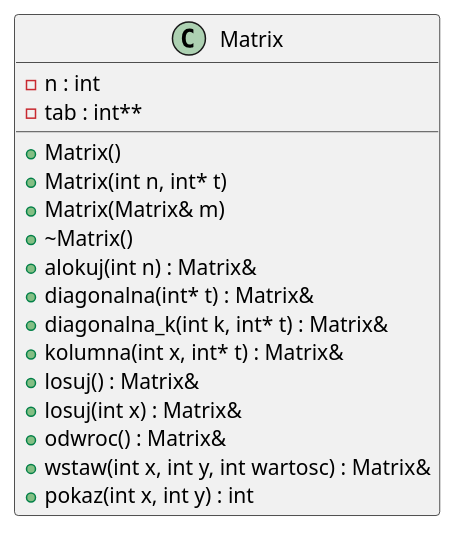
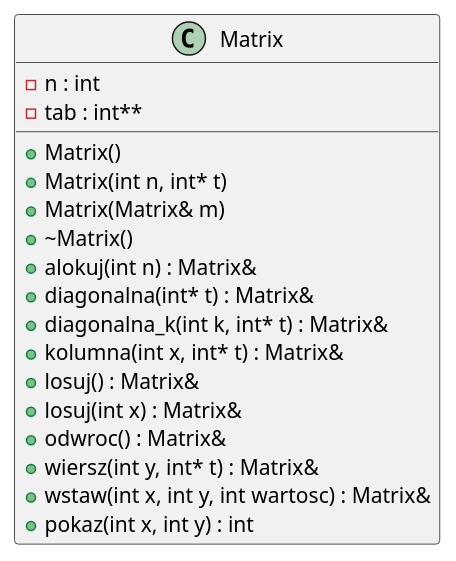
Before and after one commit to kluchoo/Matrix: the diagram in inline_umlgraph_pnghtml.pu, drawn with PlantUML. The commit also changed 11 other files, not shown here.

```diff
--- a/inline_umlgraph_pnghtml.pu
+++ b/inline_umlgraph_pnghtml.pu
@@ -1,20 +1,21 @@
 @startuml inline_umlgraph_1.png
 class Matrix {
 -n : int
 -tab : int**
 +Matrix()
 +Matrix(int n, int* t)
 +Matrix(Matrix& m)
 +~Matrix()
 +alokuj(int n) : Matrix&
 +diagonalna(int* t) : Matrix&
 +diagonalna_k(int k, int* t) : Matrix&
 +kolumna(int x, int* t) : Matrix&
 +losuj() : Matrix&
 +losuj(int x) : Matrix&
 +odwroc() : Matrix&
++wiersz(int y, int* t) : Matrix&
 +wstaw(int x, int y, int wartosc) : Matrix&
 +pokaz(int x, int y) : int
 
 }
 @enduml
```
